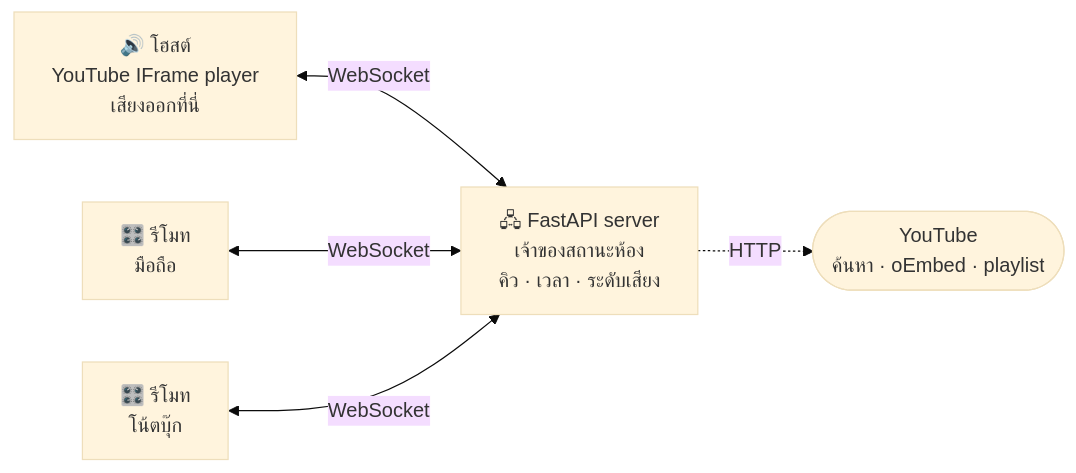
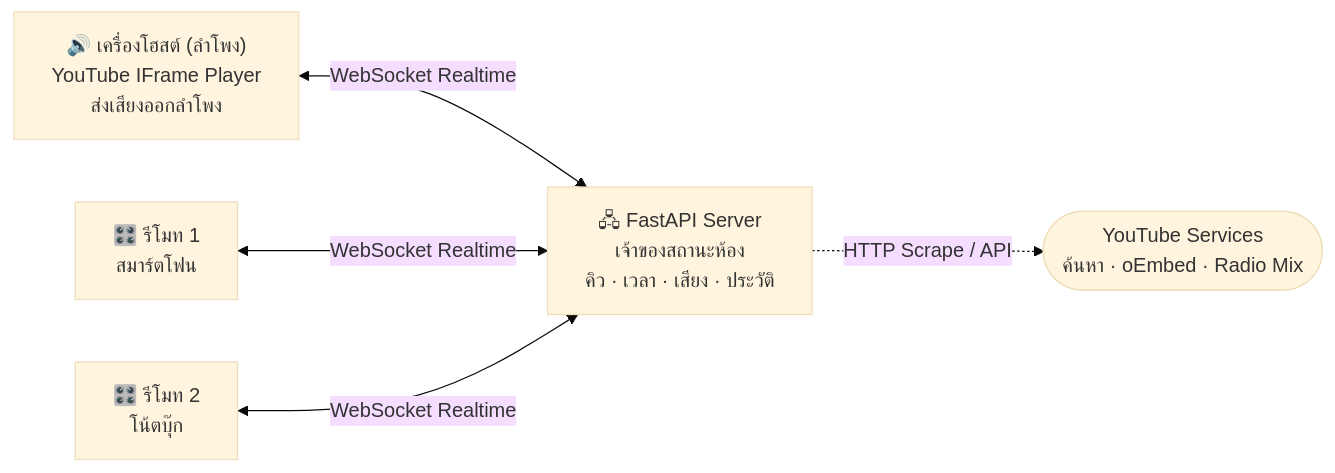
Before and after one commit to watggwp/Music-Hub: the diagram in README.md, drawn with Mermaid (base theme). The commit also changed other lines of this file and 3 other files, not shown here.

````diff
--- a/README.md
+++ b/README.md
@@ -51,13 +76,13 @@
 ```mermaid
 flowchart LR
-    S["🖧 FastAPI server<br/>เจ้าของสถานะห้อง<br/>คิว · เวลา · ระดับเสียง"]
-    H["🔊 โฮสต์<br/>YouTube IFrame player<br/>เสียงออกที่นี่"]
-    R1["🎛️ รีโมท<br/>มือถือ"]
-    R2["🎛️ รีโมท<br/>โน้ตบุ๊ก"]
-    Y(["YouTube<br/>ค้นหา · oEmbed · playlist"])
+    S["🖧 FastAPI Server<br/>เจ้าของสถานะห้อง<br/>คิว · เวลา · เสียง · ประวัติ"]
+    H["🔊 เครื่องโฮสต์ (ลำโพง)<br/>YouTube IFrame Player<br/>ส่งเสียงออกลำโพง"]
+    R1["🎛️ รีโมท 1<br/>สมาร์ตโฟน"]
+    R2["🎛️ รีโมท 2<br/>โน้ตบุ๊ก"]
+    Y(["YouTube Services<br/>ค้นหา · oEmbed · Radio Mix"])
 
-    H <-->|WebSocket| S
-    R1 <-->|WebSocket| S
-    R2 <-->|WebSocket| S
-    S -.->|HTTP| Y
+    H <-->|WebSocket Realtime| S
+    R1 <-->|WebSocket Realtime| S
+    R2 <-->|WebSocket Realtime| S
+    S -.->|HTTP Scrape / API| Y
 ```
````
